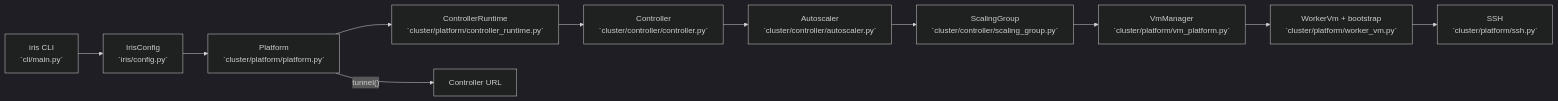
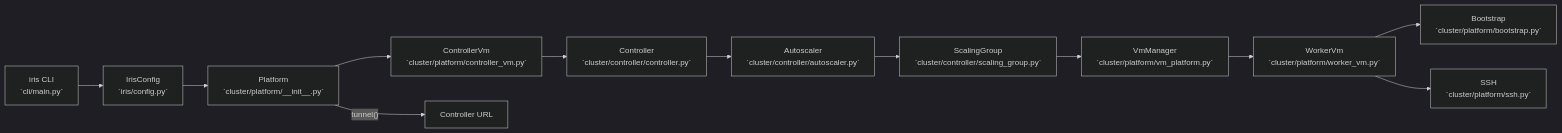
Before and after one commit to marin-community/marin: the second of 2 diagrams in lib/iris/docs/vm-refactor.md, drawn with Mermaid (dark theme). The commit also changed other lines of this file and 25 other files, not shown here.

Commit message:
Refactor iris platform layout

````diff
--- a/lib/iris/docs/vm-refactor.md
+++ b/lib/iris/docs/vm-refactor.md
@@ -115,14 +128,26 @@
 ```mermaid
 flowchart LR
-  CLI["iris CLI\n`cli/main.py`"] --> IrisConfig["IrisConfig\n`iris/config.py`"]
-  IrisConfig --> Platform["Platform\n`cluster/platform/platform.py`"]
-  Platform --> ControllerRuntime["ControllerRuntime\n`cluster/platform/controller_runtime.py`"]
-  ControllerRuntime --> Controller["Controller\n`cluster/controller/controller.py`"]
+  CLI["iris CLI
+`cli/main.py`"] --> IrisConfig["IrisConfig
+`iris/config.py`"]
+  IrisConfig --> Platform["Platform
+`cluster/platform/__init__.py`"]
+  Platform --> ControllerVm["ControllerVm
+`cluster/platform/controller_vm.py`"]
+  ControllerVm --> Controller["Controller
+`cluster/controller/controller.py`"]
   Platform -->|"tunnel()"| Tunnel["Controller URL"]
 
-  Controller --> Autoscaler["Autoscaler\n`cluster/controller/autoscaler.py`"]
-  Autoscaler --> ScalingGroup["ScalingGroup\n`cluster/controller/scaling_group.py`"]
-  ScalingGroup --> VmManager["VmManager\n`cluster/platform/vm_platform.py`"]
-  VmManager --> WorkerVm["WorkerVm + bootstrap\n`cluster/platform/worker_vm.py`"]
-  WorkerVm --> SSH["SSH\n`cluster/platform/ssh.py`"]
+  Controller --> Autoscaler["Autoscaler
+`cluster/controller/autoscaler.py`"]
+  Autoscaler --> ScalingGroup["ScalingGroup
+`cluster/controller/scaling_group.py`"]
+  ScalingGroup --> VmManager["VmManager
+`cluster/platform/vm_platform.py`"]
+  VmManager --> WorkerVm["WorkerVm
+`cluster/platform/worker_vm.py`"]
+  WorkerVm --> Bootstrap["Bootstrap
+`cluster/platform/bootstrap.py`"]
+  WorkerVm --> SSH["SSH
+`cluster/platform/ssh.py`"]
 ```
````
